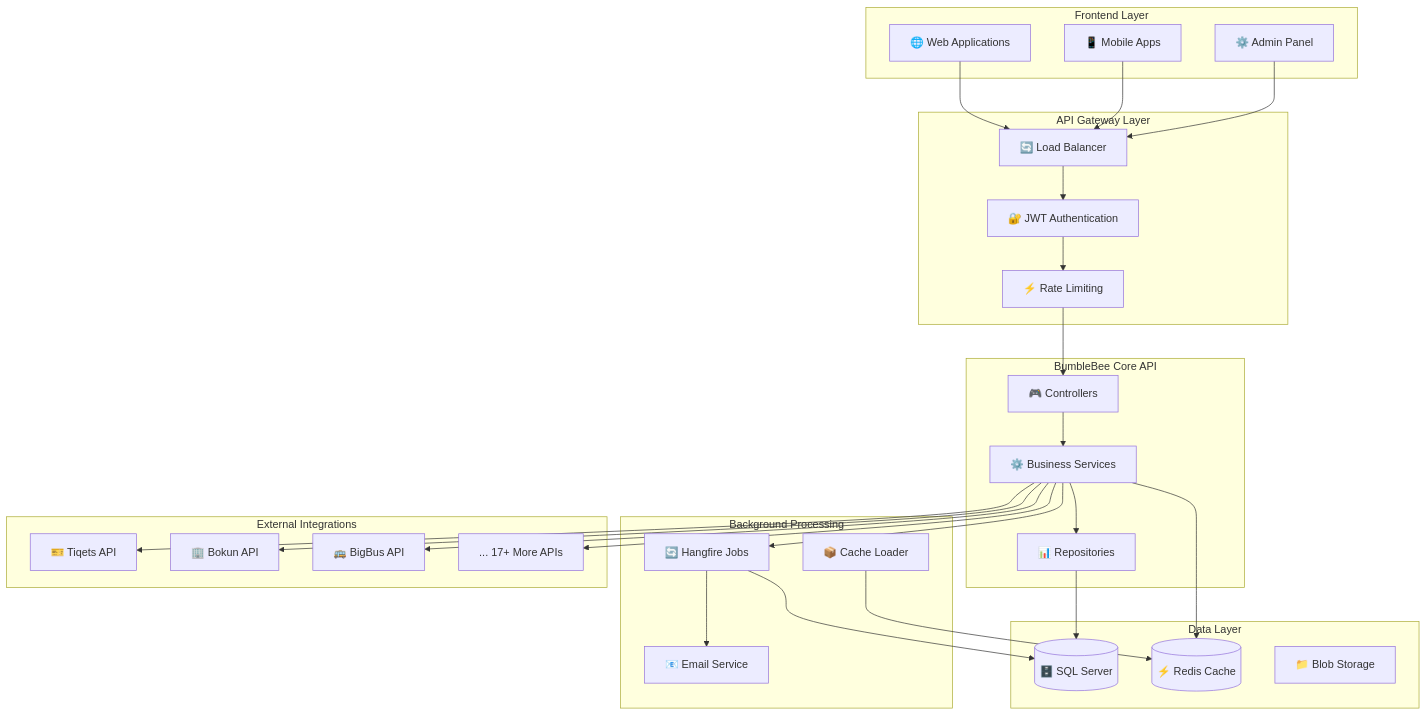
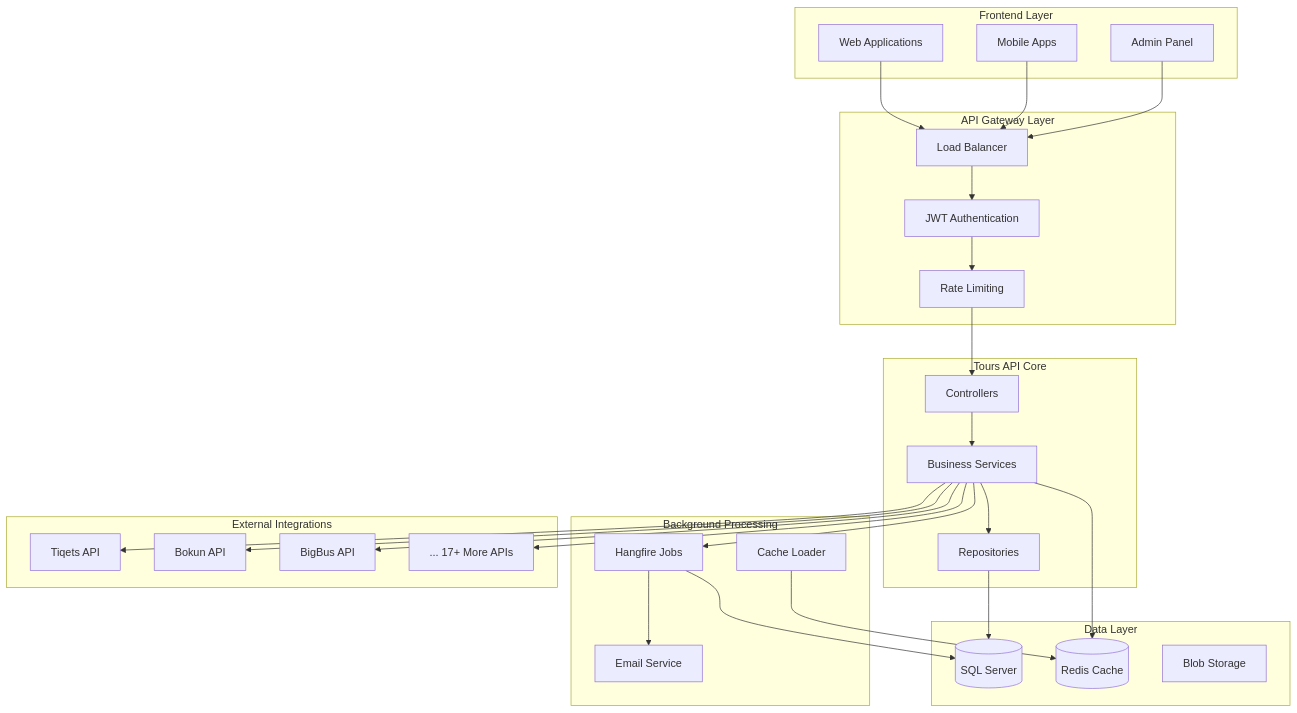
One commit to sandeepkumar0801/ToursAndActivities changed the first of 11 diagrams in README.md. Above: the diagram before and after it, drawn with Mermaid. The commit also changed other lines of this file and 3 other files, not shown here.

````diff
--- a/README.md
+++ b/README.md
@@ -42,63 +42,63 @@
 ```mermaid
 graph TB
     subgraph "Frontend Layer"
-        WEB[🌐 Web Applications]
-        MOBILE[📱 Mobile Apps]
-        ADMIN[⚙️ Admin Panel]
+        WEB[Web Applications]
+        MOBILE[Mobile Apps]
+        ADMIN[Admin Panel]
     end
 
     subgraph "API Gateway Layer"
-        LB[🔄 Load Balancer]
-        AUTH[🔐 JWT Authentication]
-        RATE[⚡ Rate Limiting]
+        LB[Load Balancer]
+        AUTH[JWT Authentication]
+        RATE[Rate Limiting]
     end
 
-    subgraph "BumbleBee Core API"
-        CTRL[🎮 Controllers]
-        SVC[⚙️ Business Services]
-        REPO[📊 Repositories]
+    subgraph "Tours API Core"
+        CTRL[Controllers]
+        SVC[Business Services]
+        REPO[Repositories]
     end
 
     subgraph "Background Processing"
-        HF[🔄 Hangfire Jobs]
-        CACHE[📦 Cache Loader]
-        EMAIL[📧 Email Service]
+        HF[Hangfire Jobs]
+        CACHE[Cache Loader]
+        EMAIL[Email Service]
     end
 
     subgraph "Data Layer"
-        SQL[(🗄️ SQL Server)]
-        REDIS[(⚡ Redis Cache)]
-        BLOB[📁 Blob Storage]
+        SQL[(SQL Server)]
+        REDIS[(Redis Cache)]
+        BLOB[Blob Storage]
     end
 
     subgraph "External Integrations"
-        TIQETS[🎫 Tiqets API]
-        BOKUN[🏢 Bokun API]
-        BIGBUS[🚌 BigBus API]
+        TIQETS[Tiqets API]
+        BOKUN[Bokun API]
+        BIGBUS[BigBus API]
         OTHERS[... 17+ More APIs]
     end
 
     WEB --> LB
     MOBILE --> LB
     ADMIN --> LB
 
     LB --> AUTH
     AUTH --> RATE
     RATE --> CTRL
 
     CTRL --> SVC
     SVC --> REPO
     SVC --> HF
 
     REPO --> SQL
     SVC --> REDIS
     HF --> EMAIL
 
     SVC --> TIQETS
     SVC --> BOKUN
     SVC --> BIGBUS
     SVC --> OTHERS
 
     HF --> SQL
     CACHE --> REDIS
 ```
````
